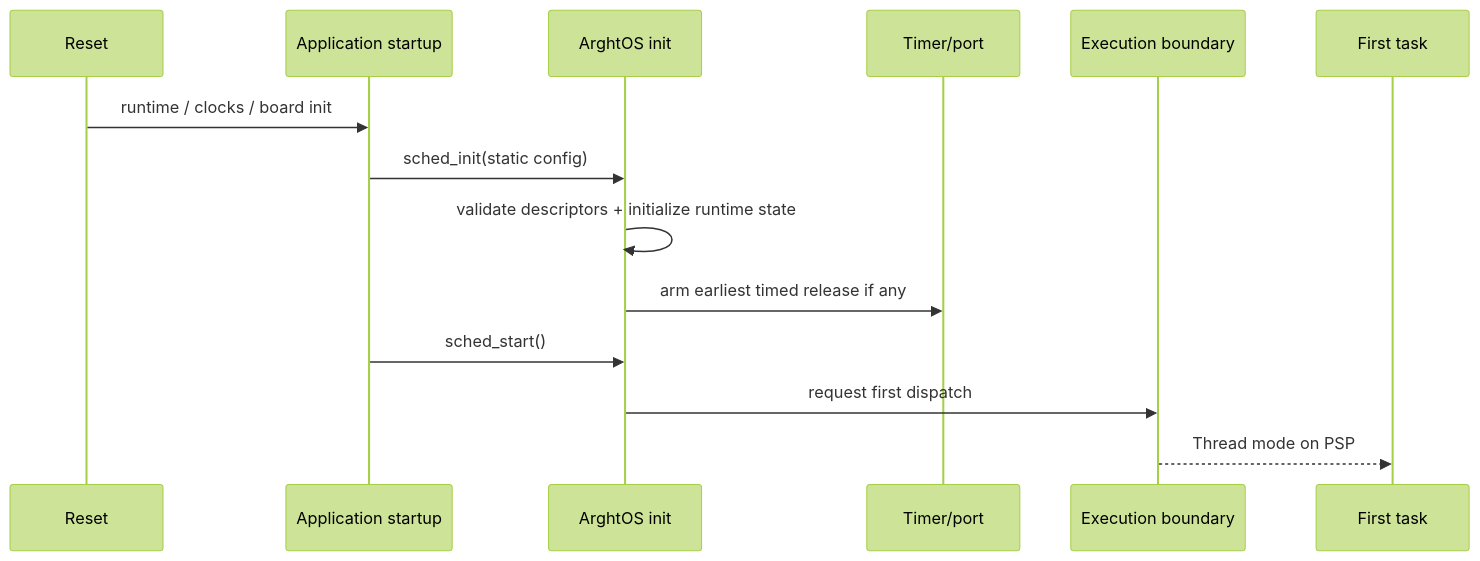
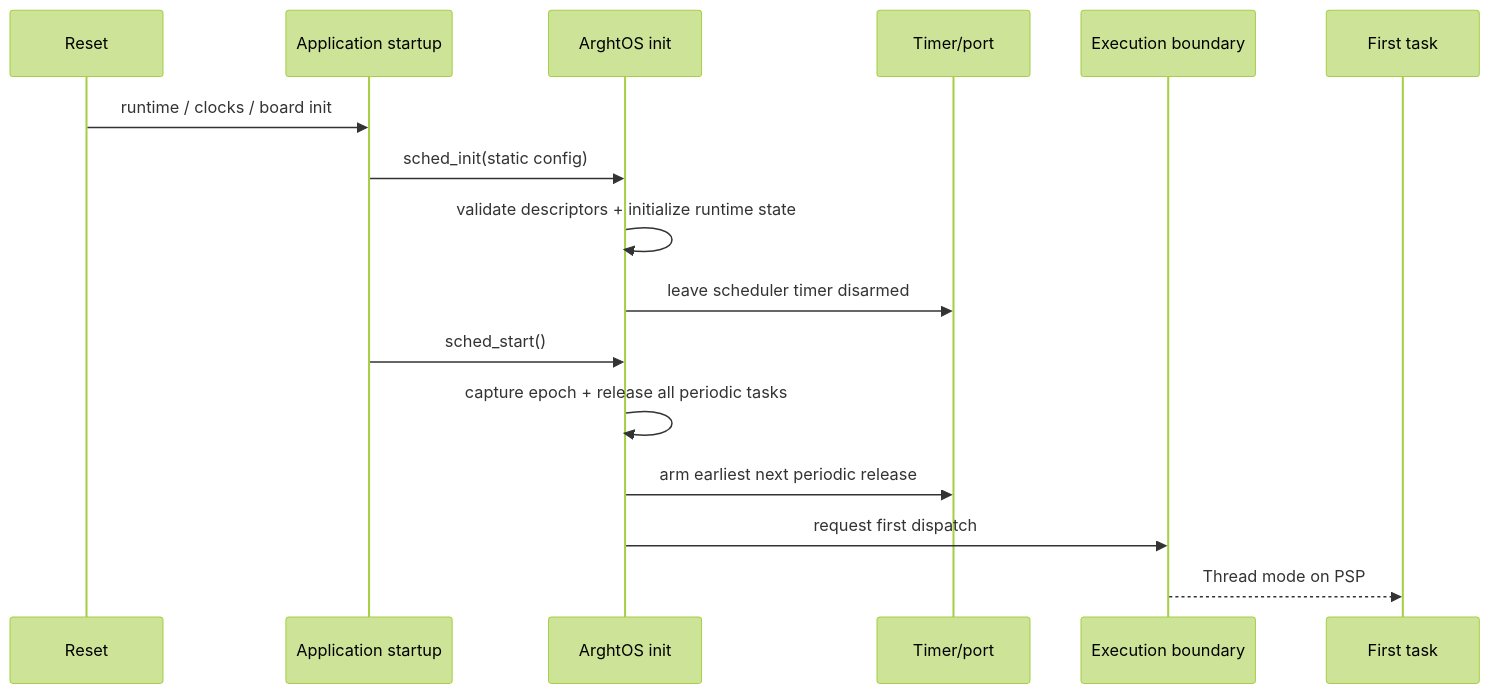
Before and after one commit to tumblewhead/arghtos: the second of 2 diagrams in architecture/S0-system-integration.md, drawn with Mermaid (forest theme). The commit also changed other lines of this file, not shown here.

Commit message:
Add full SRAM system accounting and correct boot sequence

````diff
--- a/architecture/S0-system-integration.md
+++ b/architecture/S0-system-integration.md
@@ -105,17 +105,19 @@
 ```mermaid
 sequenceDiagram
   participant R as Reset
   participant A as Application startup
   participant K as ArghtOS init
   participant T as Timer/port
   participant E as Execution boundary
   participant X as First task
 
   R->>A: runtime / clocks / board init
   A->>K: sched_init(static config)
   K->>K: validate descriptors + initialize runtime state
-  K->>T: arm earliest timed release if any
+  K->>T: leave scheduler timer disarmed
   A->>K: sched_start()
+  K->>K: capture epoch + release all periodic tasks
+  K->>T: arm earliest next periodic release
   K->>E: request first dispatch
   E-->>X: Thread mode on PSP
 ```
````
